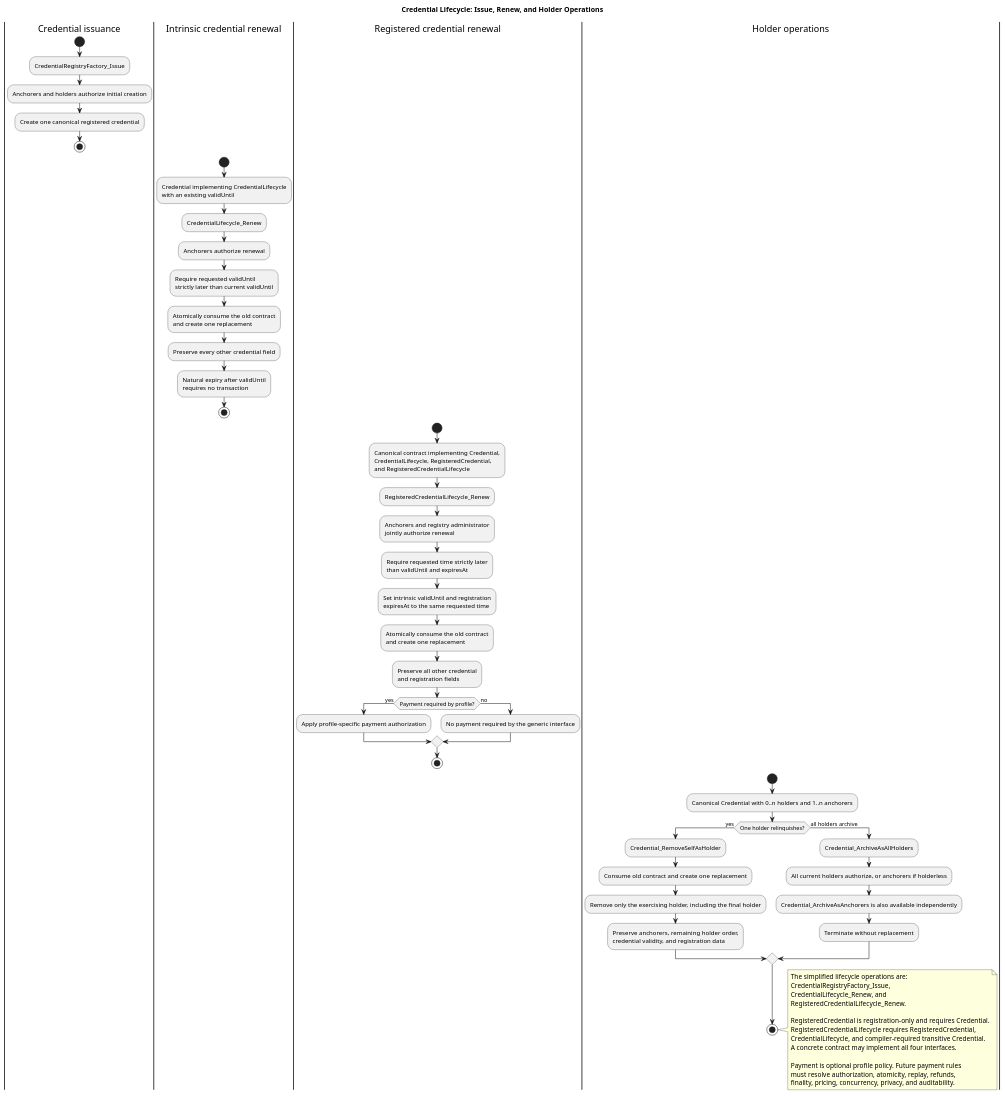
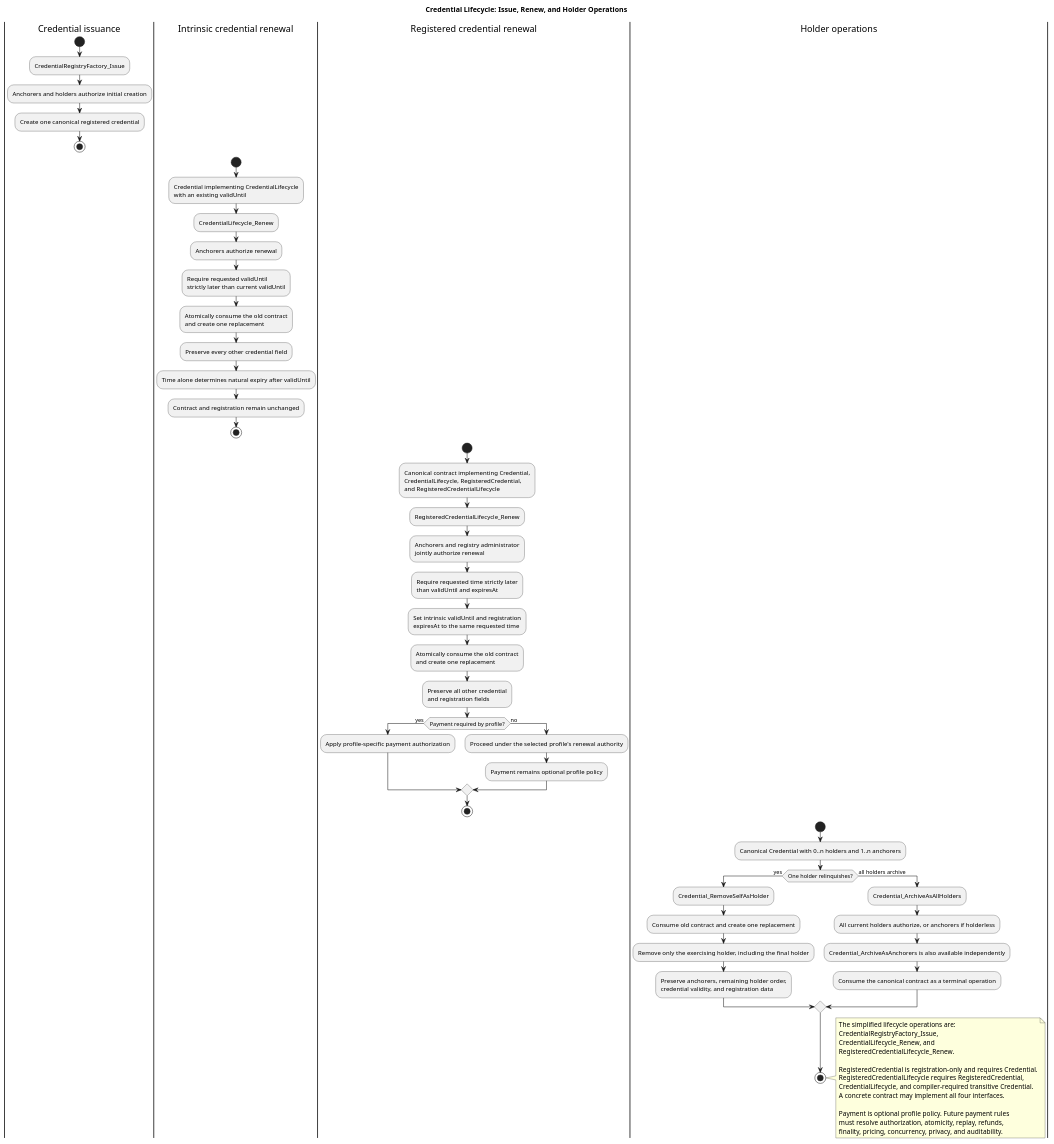
The diagram in cn-credentials-standard/images/credentials-lifecycle.puml (unlockitio/cips), drawn with PlantUML before and after one commit. The commit also changed 5 other files, not shown here.

```diff
--- a/cn-credentials-standard/images/credentials-lifecycle.puml
+++ b/cn-credentials-standard/images/credentials-lifecycle.puml
@@ -1,82 +1,83 @@
 @startuml credentials-lifecycle
 title Credential Lifecycle: Issue, Renew, and Holder Operations
 
 |Credential issuance|
 start
 :CredentialRegistryFactory_Issue;
 :Anchorers and holders authorize initial creation;
 :Create one canonical registered credential;
 stop
 
 |Intrinsic credential renewal|
 start
 :Credential implementing CredentialLifecycle
 with an existing validUntil;
 :CredentialLifecycle_Renew;
 :Anchorers authorize renewal;
 :Require requested validUntil
 strictly later than current validUntil;
 :Atomically consume the old contract
 and create one replacement;
 :Preserve every other credential field;
-:Natural expiry after validUntil
-requires no transaction;
+:Time alone determines natural expiry after validUntil;
+:Contract and registration remain unchanged;
 stop
 
 |Registered credential renewal|
 start
 :Canonical contract implementing Credential,
 CredentialLifecycle, RegisteredCredential,
 and RegisteredCredentialLifecycle;
 :RegisteredCredentialLifecycle_Renew;
 :Anchorers and registry administrator
 jointly authorize renewal;
 :Require requested time strictly later
 than validUntil and expiresAt;
 :Set intrinsic validUntil and registration
 expiresAt to the same requested time;
 :Atomically consume the old contract
 and create one replacement;
 :Preserve all other credential
 and registration fields;
 if (Payment required by profile?) then (yes)
   :Apply profile-specific payment authorization;
 else (no)
-  :No payment required by the generic interface;
+  :Proceed under the selected profile's renewal authority;
+  :Payment remains optional profile policy;
 endif
 stop
 
 |Holder operations|
 start
 :Canonical Credential with 0..n holders and 1..n anchorers;
 if (One holder relinquishes?) then (yes)
   :Credential_RemoveSelfAsHolder;
   :Consume old contract and create one replacement;
   :Remove only the exercising holder, including the final holder;
   :Preserve anchorers, remaining holder order,
 credential validity, and registration data;
 else (all holders archive)
   :Credential_ArchiveAsAllHolders;
   :All current holders authorize, or anchorers if holderless;
   :Credential_ArchiveAsAnchorers is also available independently;
-  :Terminate without replacement;
+  :Consume the canonical contract as a terminal operation;
 endif
 stop
 
 note right
 The simplified lifecycle operations are:
 CredentialRegistryFactory_Issue,
 CredentialLifecycle_Renew, and
 RegisteredCredentialLifecycle_Renew.
 
 RegisteredCredential is registration-only and requires Credential.
 RegisteredCredentialLifecycle requires RegisteredCredential,
 CredentialLifecycle, and compiler-required transitive Credential.
 A concrete contract may implement all four interfaces.
 
 Payment is optional profile policy. Future payment rules
 must resolve authorization, atomicity, replay, refunds,
 finality, pricing, concurrency, privacy, and auditability.
 end note
 
 @enduml
```
